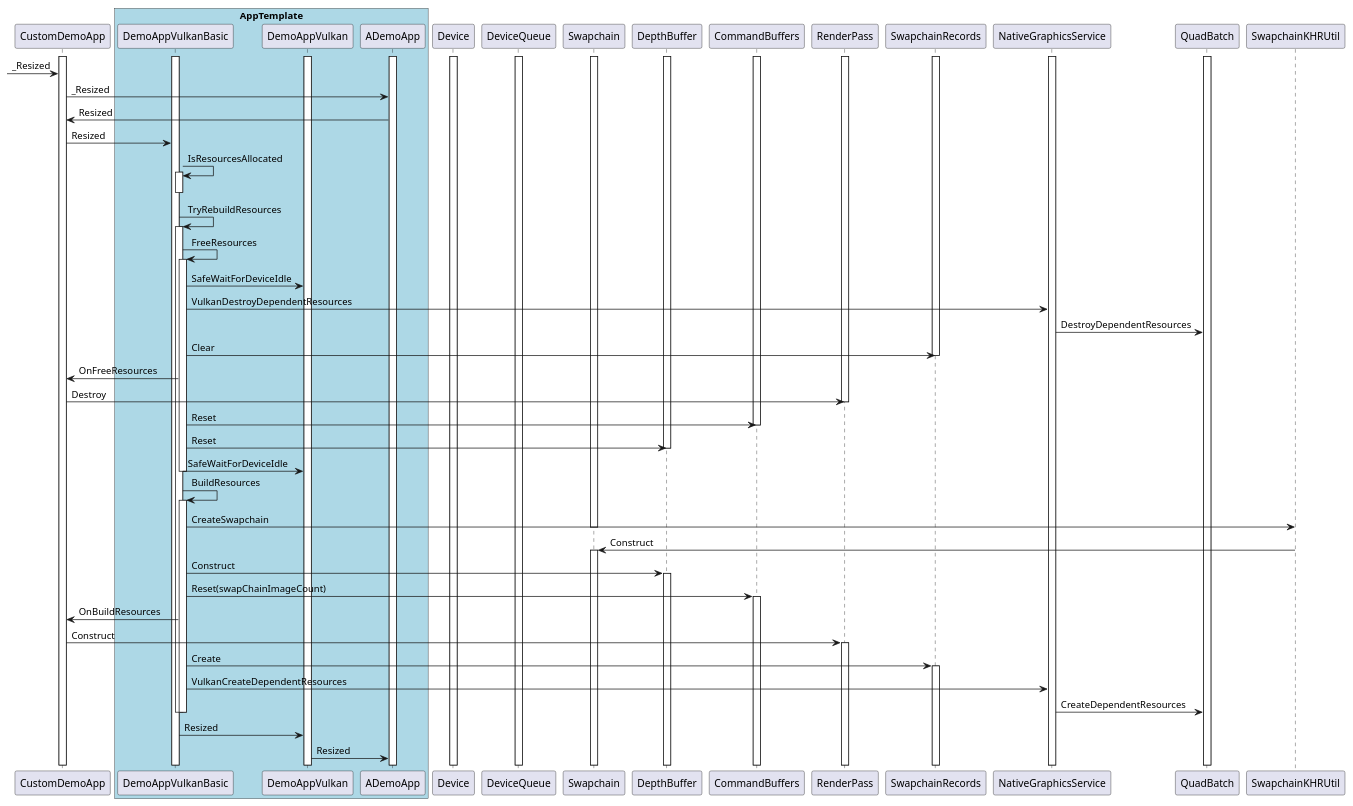
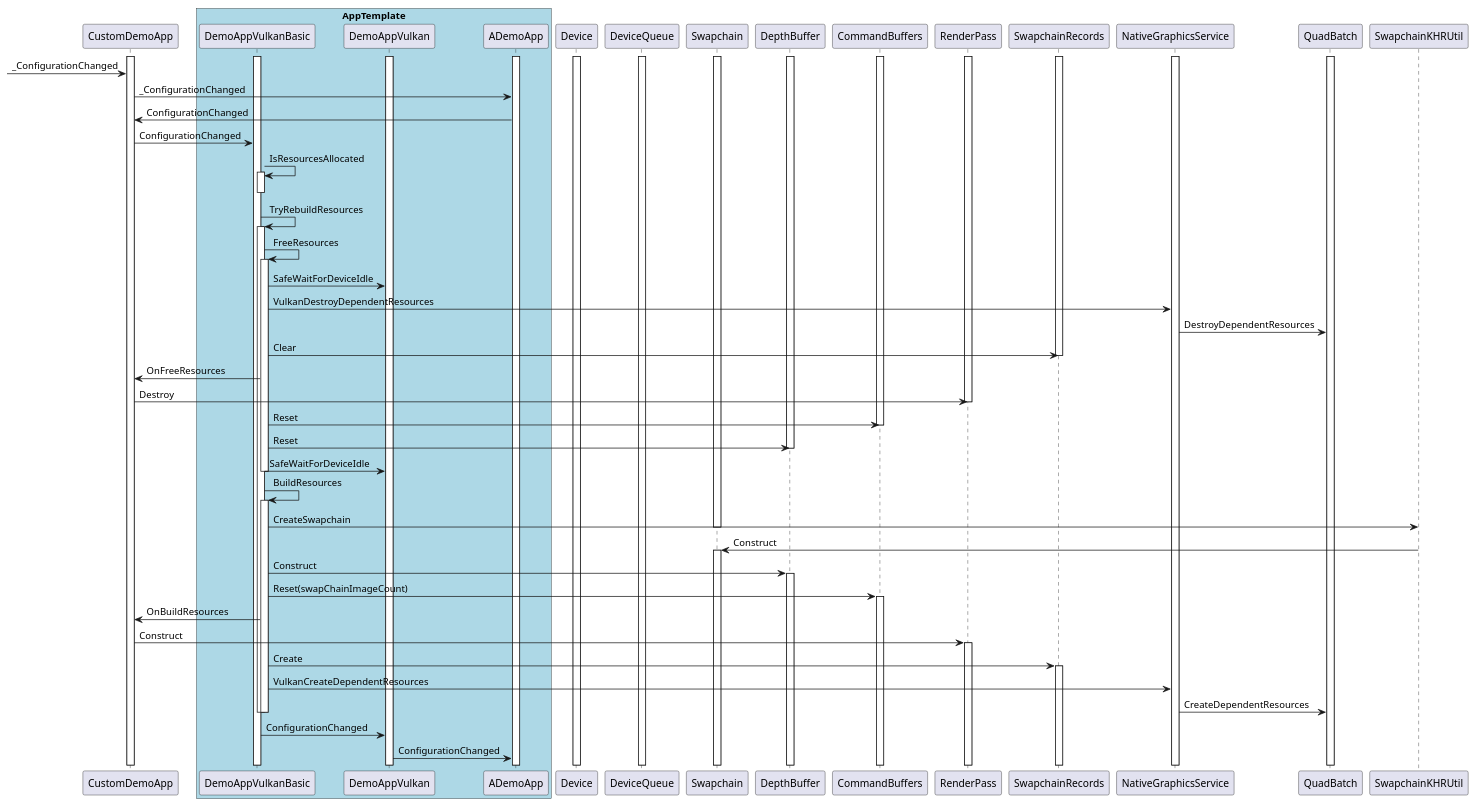
One commit to nxp-imx/gtec-demo-framework changed the diagram in Doc/Vulkan/Diagrams/FslDemoApp.Vulkan__Flow_VulkanDemoAppBasic_Resize.pu. Above: the diagram before and after it, drawn with PlantUML. The commit also changed 4996 other files, not shown here.

```diff
--- a/Doc/Vulkan/Diagrams/FslDemoApp.Vulkan__Flow_VulkanDemoAppBasic_Resize.pu
+++ b/Doc/Vulkan/Diagrams/FslDemoApp.Vulkan__Flow_VulkanDemoAppBasic_Resize.pu
@@ -1,62 +1,62 @@
 @startuml VulkanDemoAppBasic Resize Flow
 
 activate CustomDemoApp
 activate DemoAppVulkanBasic
 activate DemoAppVulkan
 activate ADemoApp
 
 box "AppTemplate" #LightBlue
     participant DemoAppVulkanBasic
     participant DemoAppVulkan
     participant ADemoApp
 end box
 
 activate Device
 activate DeviceQueue
 activate Swapchain
 activate DepthBuffer
 activate CommandBuffers
 activate RenderPass
 activate SwapchainRecords
 activate NativeGraphicsService
 activate QuadBatch
 
-->CustomDemoApp: _Resized
-CustomDemoApp->ADemoApp: _Resized
-ADemoApp->CustomDemoApp: Resized
-CustomDemoApp->DemoAppVulkanBasic: Resized
+->CustomDemoApp: _ConfigurationChanged
+CustomDemoApp->ADemoApp: _ConfigurationChanged
+ADemoApp->CustomDemoApp: ConfigurationChanged
+CustomDemoApp->DemoAppVulkanBasic: ConfigurationChanged
 DemoAppVulkanBasic->DemoAppVulkanBasic++: IsResourcesAllocated
 deactivate DemoAppVulkanBasic
 DemoAppVulkanBasic->DemoAppVulkanBasic++: TryRebuildResources
 DemoAppVulkanBasic->DemoAppVulkanBasic++: FreeResources
 DemoAppVulkanBasic->DemoAppVulkan: SafeWaitForDeviceIdle
 DemoAppVulkanBasic->NativeGraphicsService: VulkanDestroyDependentResources
 NativeGraphicsService->QuadBatch: DestroyDependentResources
 DemoAppVulkanBasic->SwapchainRecords: Clear
 deactivate SwapchainRecords
 DemoAppVulkanBasic->CustomDemoApp: OnFreeResources
 CustomDemoApp->RenderPass: Destroy
 deactivate RenderPass
 DemoAppVulkanBasic->CommandBuffers: Reset
 deactivate CommandBuffers
 DemoAppVulkanBasic->DepthBuffer: Reset
 deactivate DepthBuffer
 DemoAppVulkanBasic->DemoAppVulkan: SafeWaitForDeviceIdle
 deactivate DemoAppVulkanBasic
 DemoAppVulkanBasic->DemoAppVulkanBasic++: BuildResources
 DemoAppVulkanBasic->SwapchainKHRUtil: CreateSwapchain
 deactivate Swapchain
 SwapchainKHRUtil->Swapchain++: Construct
 DemoAppVulkanBasic->DepthBuffer++: Construct
 DemoAppVulkanBasic->CommandBuffers++: Reset(swapChainImageCount)
 DemoAppVulkanBasic->CustomDemoApp: OnBuildResources
 CustomDemoApp->RenderPass++: Construct
 DemoAppVulkanBasic->SwapchainRecords++: Create
 DemoAppVulkanBasic->NativeGraphicsService: VulkanCreateDependentResources
 NativeGraphicsService->QuadBatch: CreateDependentResources
 deactivate DemoAppVulkanBasic
 deactivate DemoAppVulkanBasic
-DemoAppVulkanBasic->DemoAppVulkan: Resized
-DemoAppVulkan->ADemoApp: Resized
+DemoAppVulkanBasic->DemoAppVulkan: ConfigurationChanged
+DemoAppVulkan->ADemoApp: ConfigurationChanged
 
 @enduml
```
